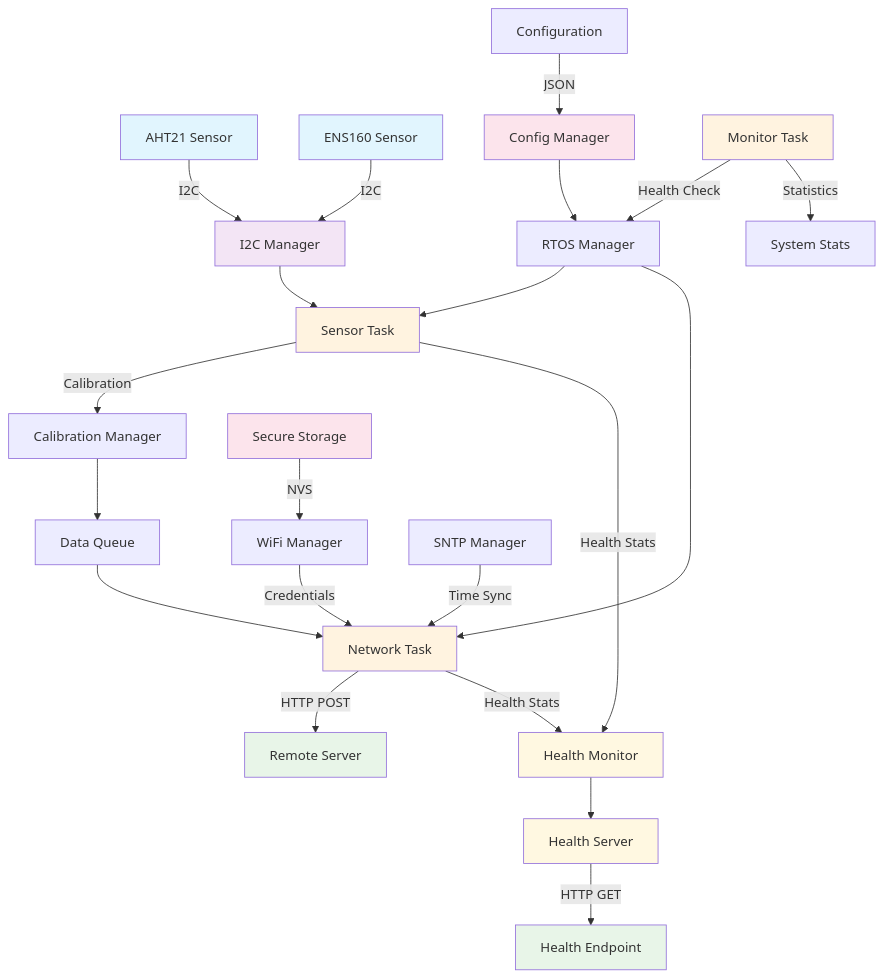
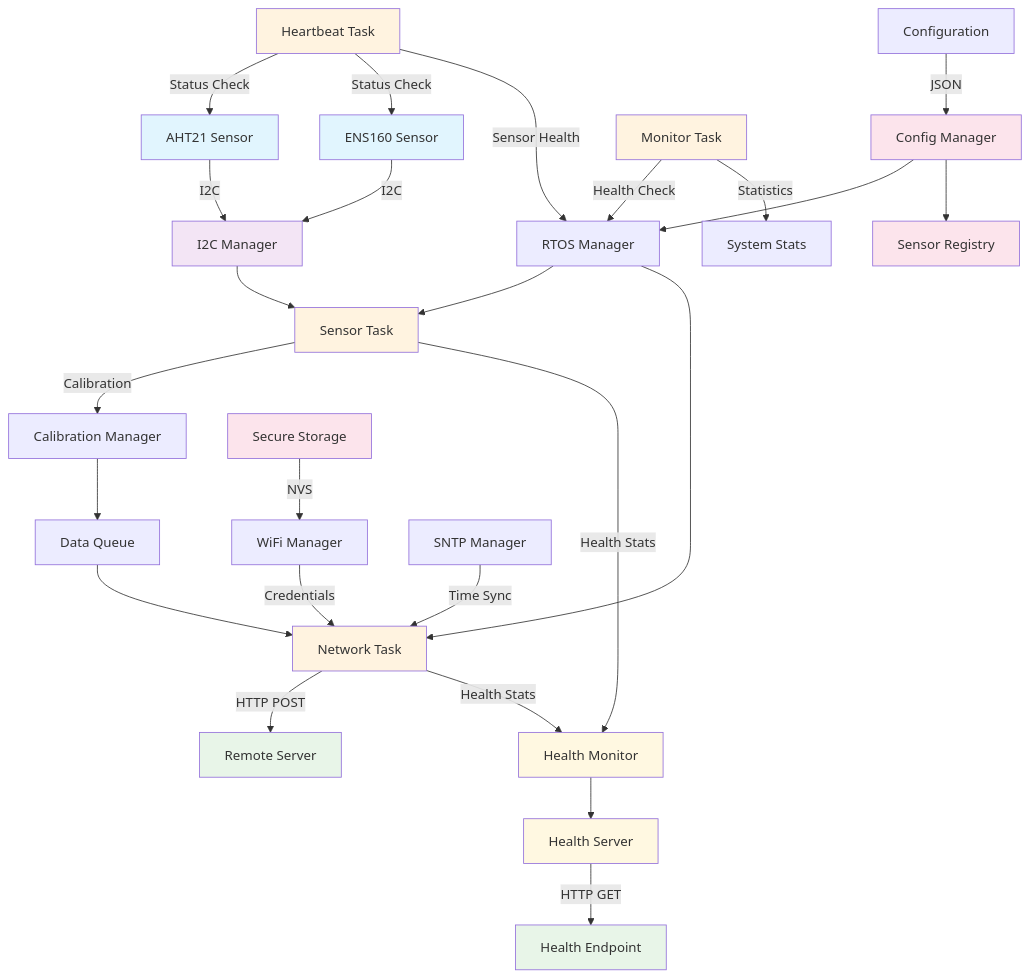
The first of 4 diagrams in README.md (TimWeber/ESP32-Environmental-Monitor), drawn with Mermaid before and after one commit. The commit also changed other lines of this file, not shown here.

````diff
--- a/README.md
+++ b/README.md
@@ -31,42 +27,50 @@
 ```mermaid
 graph TD
     A[AHT21 Sensor] -->|I2C| B[I2C Manager]
     C[ENS160 Sensor] -->|I2C| B
     B --> D[Sensor Task]
     D -->|Calibration| E[Calibration Manager]
     E --> F[Data Queue]
     F --> G[Network Task]
     G -->|HTTP POST| H[Remote Server]
     
     I[Configuration] -->|JSON| J[Config Manager]
     J --> K[RTOS Manager]
+    J --> L[Sensor Registry]
     K --> D
     K --> G
     
-    L[WiFi Manager] -->|Credentials| G
-    M[Secure Storage] -->|NVS| L
+    M[WiFi Manager] -->|Credentials| G
+    N[Secure Storage] -->|NVS| M
     
-    N[Monitor Task] -->|Health Check| K
-    N -->|Statistics| O[System Stats]
+    O[Monitor Task] -->|Health Check| K
+    O -->|Statistics| P[System Stats]
     
-    P[SNTP Manager] -->|Time Sync| G
+    Q[SNTP Manager] -->|Time Sync| G
     
     %% Health Monitoring Components
-    D -->|Health Stats| Q[Health Monitor]
-    G -->|Health Stats| Q
-    Q --> R[Health Server]
-    R -->|HTTP GET| S[Health Endpoint]
+    D -->|Health Stats| R[Health Monitor]
+    G -->|Health Stats| R
+    R --> S[Health Server]
+    S -->|HTTP GET| T[Health Endpoint]
+    
+    %% Heartbeat Monitoring
+    U[Heartbeat Task] -->|Status Check| A
+    U -->|Status Check| C
+    U -->|Sensor Health| K
     
     style A fill:#e1f5fe
     style C fill:#e1f5fe
     style B fill:#f3e5f5
     style D fill:#fff3e0
     style G fill:#fff3e0
-    style N fill:#fff3e0
+    style O fill:#fff3e0
+    style U fill:#fff3e0
     style H fill:#e8f5e8
     style J fill:#fce4ec
-    style M fill:#fce4ec
-    style Q fill:#fff8e1
+    style L fill:#fce4ec
+    style N fill:#fce4ec
     style R fill:#fff8e1
-    style S fill:#e8f5e8
+    style S fill:#fff8e1
+    style T fill:#e8f5e8
 ```
````
